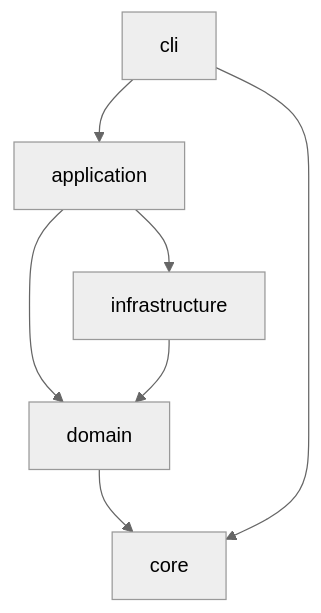
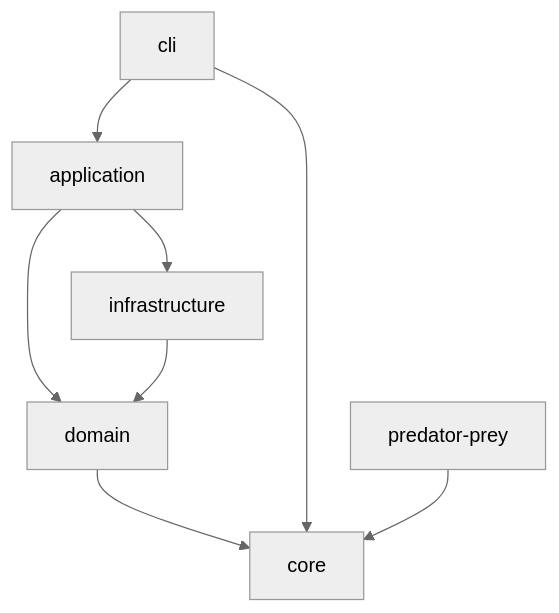
Before and after one commit to SotiriosApostoles/simulation-lab: the first of 2 diagrams in ARCHITECTURE_MAP.md, drawn with Mermaid (neutral theme). The commit also changed other lines of this file and 1 other file, not shown here.

First line of the commit message:
Update ARCHITECTURE_MAP with predator-prey module and core changes

````diff
--- a/ARCHITECTURE_MAP.md
+++ b/ARCHITECTURE_MAP.md
@@ -26,9 +38,10 @@
 ```mermaid
 graph TD
     cli --> application
     application --> domain
     application --> infrastructure
     infrastructure --> domain
     domain --> core
     cli --> core
+    predator-prey --> core
 ```
````
